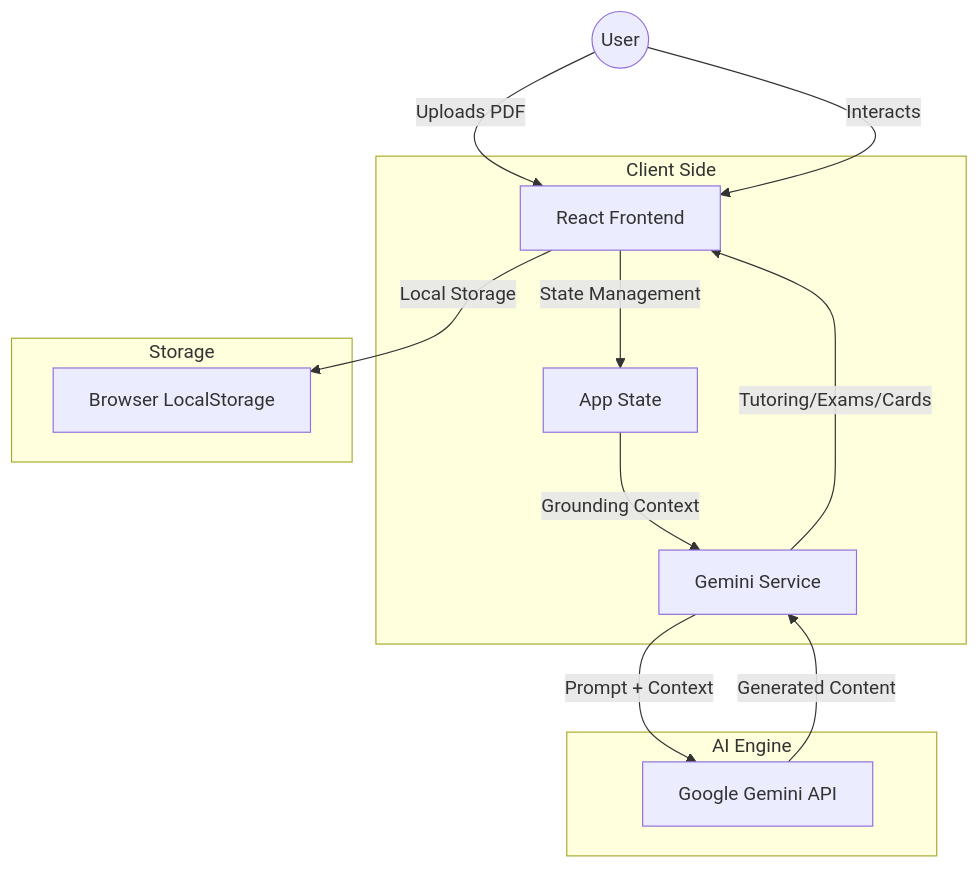
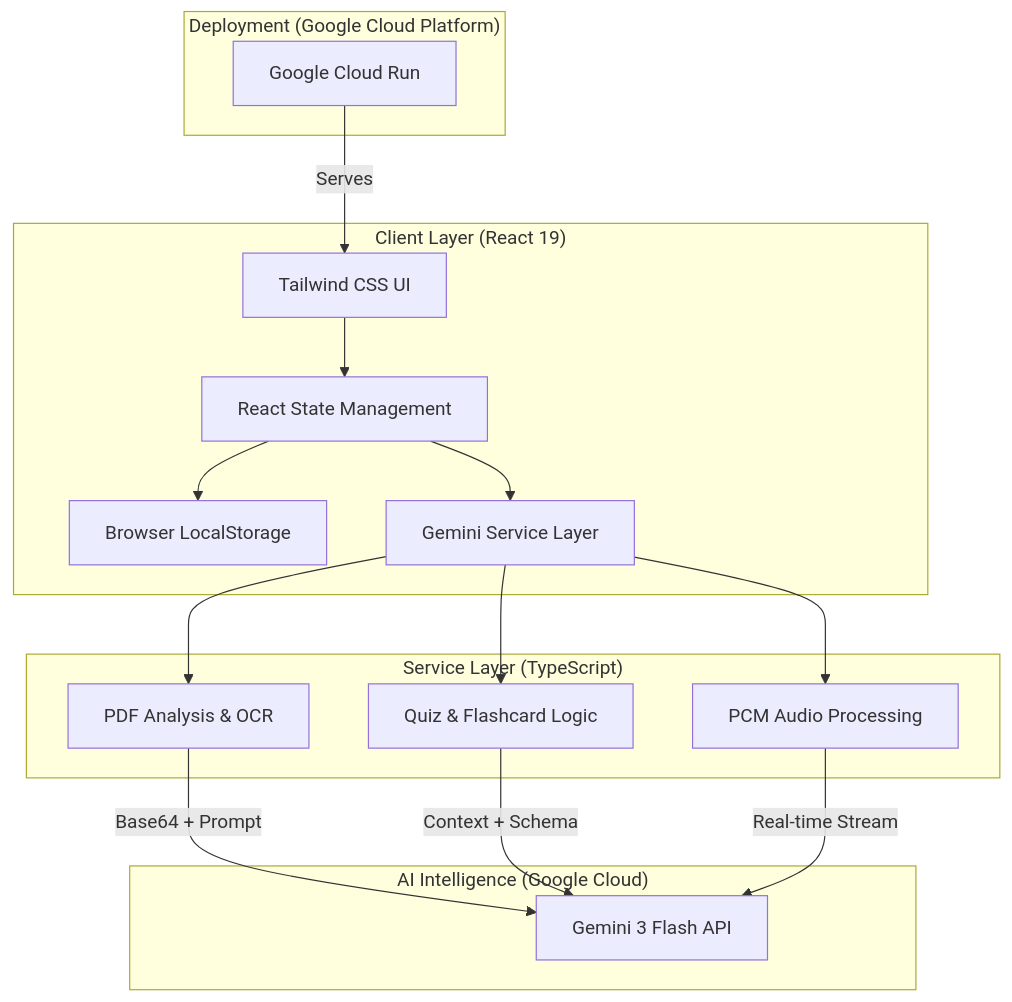
The diagram in README.md (Jabu012/Khula), drawn with Mermaid before and after one commit. The commit also changed other lines of this file, not shown here.

First line of the commit message:
feat: Update README with app overview and architecture

````diff
--- a/README.md
+++ b/README.md
@@ -24,21 +24,24 @@
 ```mermaid
 graph TD
-    User((User)) -->|Uploads PDF| Frontend[React Frontend]
-    User -->|Interacts| Frontend
-    
-    subgraph "Client Side"
-        Frontend -->|State Management| AppState[App State]
-        AppState -->|Grounding Context| GeminiService[Gemini Service]
+    subgraph "Client Layer (React 19)"
+        UI[Tailwind CSS UI] --> State[React State Management]
+        State --> Storage[Browser LocalStorage]
+        State --> Service[Gemini Service Layer]
     end
-    
-    subgraph "AI Engine"
-        GeminiService -->|Prompt + Context| GeminiAPI[Google Gemini API]
-        GeminiAPI -->|Generated Content| GeminiService
+
+    subgraph "Service Layer (TypeScript)"
+        Service --> PDF[PDF Analysis & OCR]
+        Service --> Quiz[Quiz & Flashcard Logic]
+        Service --> Audio[PCM Audio Processing]
     end
-    
-    subgraph "Storage"
-        Frontend -->|Local Storage| BrowserStorage[Browser LocalStorage]
+
+    subgraph "AI Intelligence (Google Cloud)"
+        PDF -->|Base64 + Prompt| Gemini[Gemini 3 Flash API]
+        Quiz -->|Context + Schema| Gemini
+        Audio -->|Real-time Stream| Gemini
     end
-    
-    GeminiService -->|Tutoring/Exams/Cards| Frontend
+
+    subgraph "Deployment (Google Cloud Platform)"
+        GCR[Google Cloud Run] -->|Serves| UI
+    end
 ```
````
